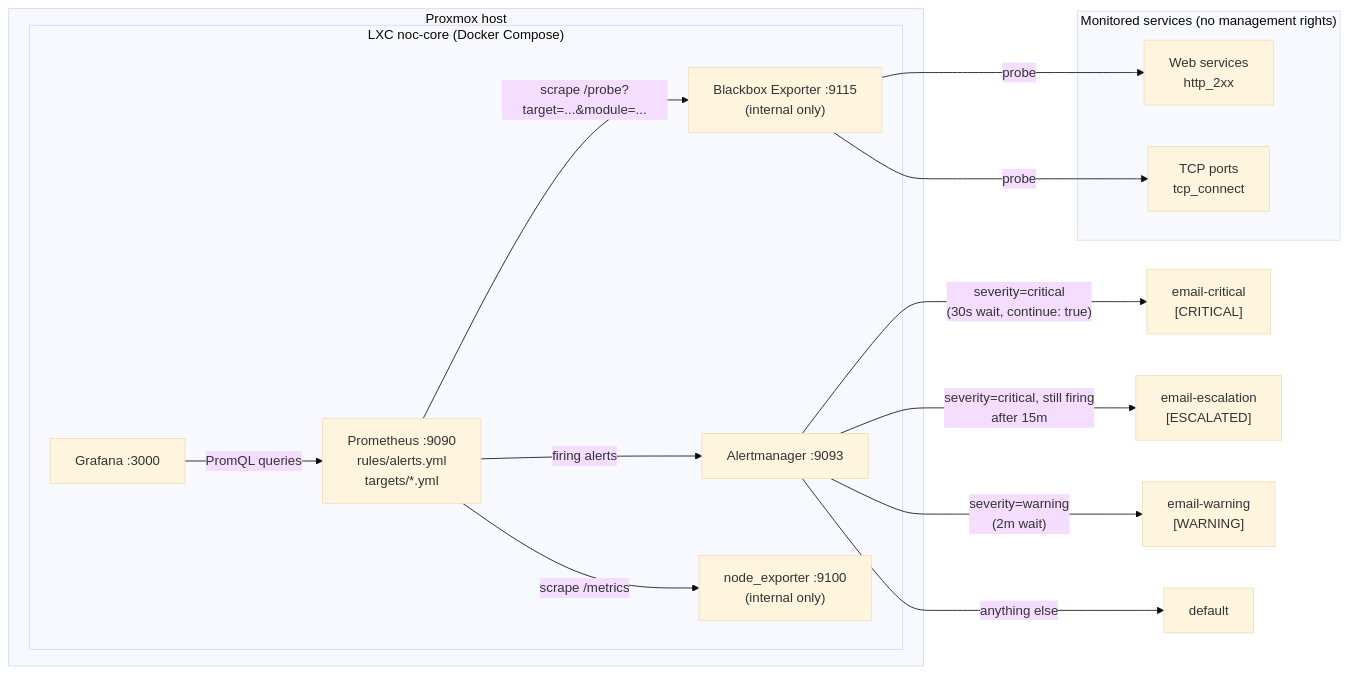
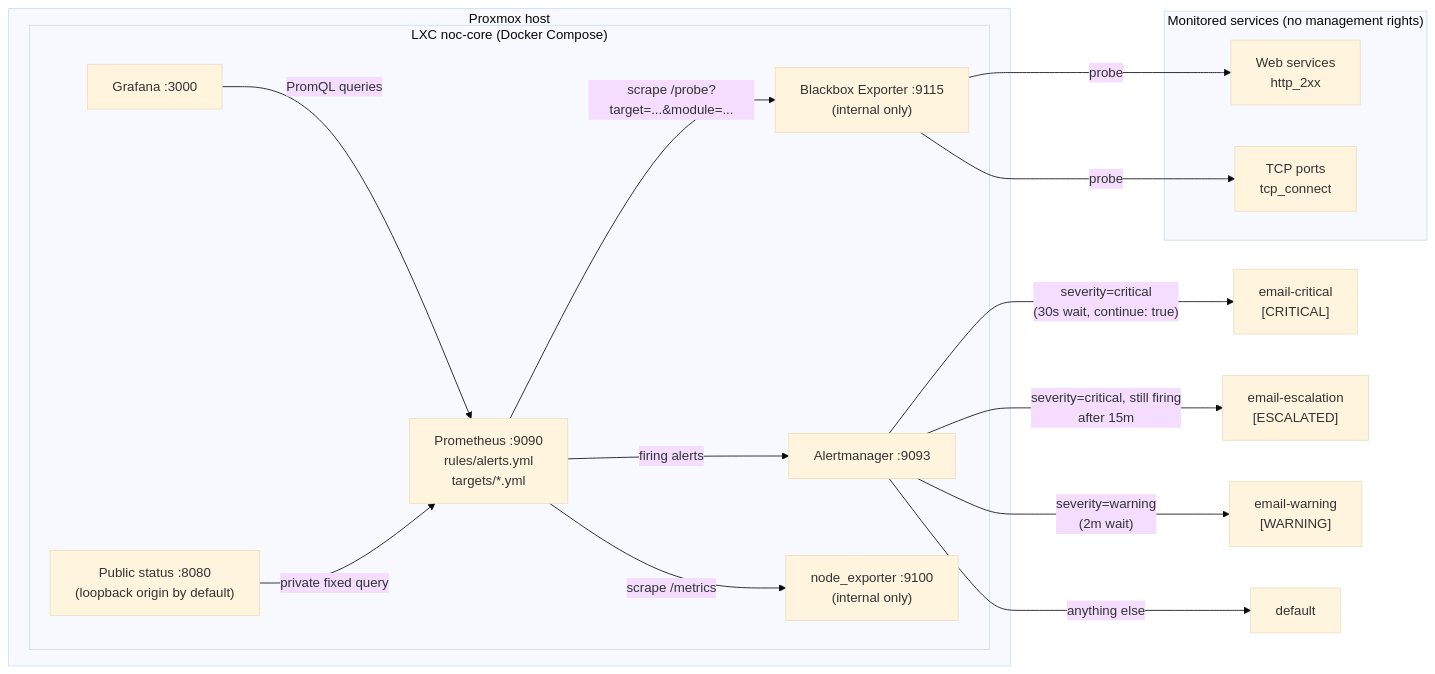
The diagram in README.md (Jschacht06/monitoring), drawn with Mermaid (base theme) before and after one commit. The commit also changed other lines of this file and 15 other files, not shown here.

Commit message:
added public status page

````diff
--- a/README.md
+++ b/README.md
@@ -9,29 +9,31 @@
 ```mermaid
 flowchart LR
     subgraph proxmox["Proxmox host"]
         subgraph noc["LXC noc-core (Docker Compose)"]
             prom["Prometheus :9090<br/>rules/alerts.yml<br/>targets/*.yml"]
             graf["Grafana :3000"]
+            status["Public status :8080<br/>(loopback origin by default)"]
             bb["Blackbox Exporter :9115<br/>(internal only)"]
             am["Alertmanager :9093"]
             ne["node_exporter :9100<br/>(internal only)"]
         end
     end
 
     subgraph targets["Monitored services (no management rights)"]
         web["Web services<br/>http_2xx"]
         tcp["TCP ports<br/>tcp_connect"]
     end
 
     graf -- "PromQL queries" --> prom
+    status -- "private fixed query" --> prom
     prom -- "scrape /probe?target=...&module=..." --> bb
     prom -- "scrape /metrics" --> ne
     bb -- "probe" --> web
     bb -- "probe" --> tcp
     prom -- "firing alerts" --> am
 
     am -- "severity=critical<br/>(30s wait, continue: true)" --> crit["email-critical<br/>[CRITICAL]"]
     am -- "severity=critical, still firing<br/>after 15m" --> esc["email-escalation<br/>[ESCALATED]"]
     am -- "severity=warning<br/>(2m wait)" --> warn["email-warning<br/>[WARNING]"]
     am -- "anything else" --> def["default"]
 ```
````
